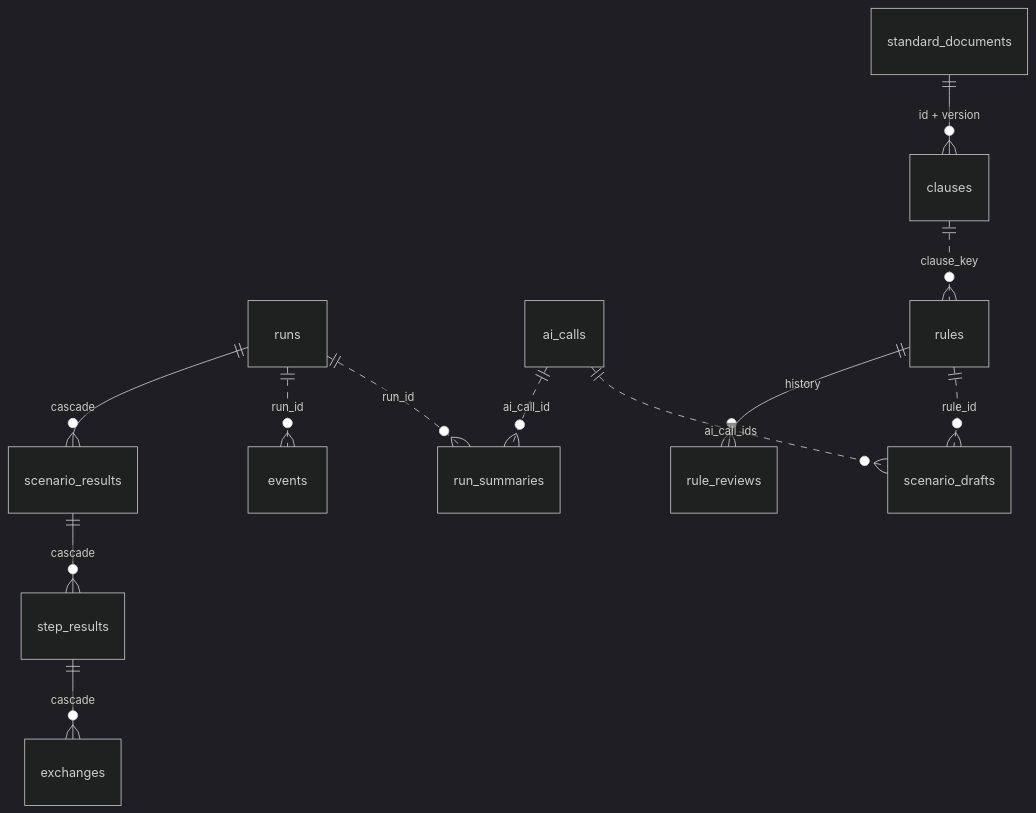
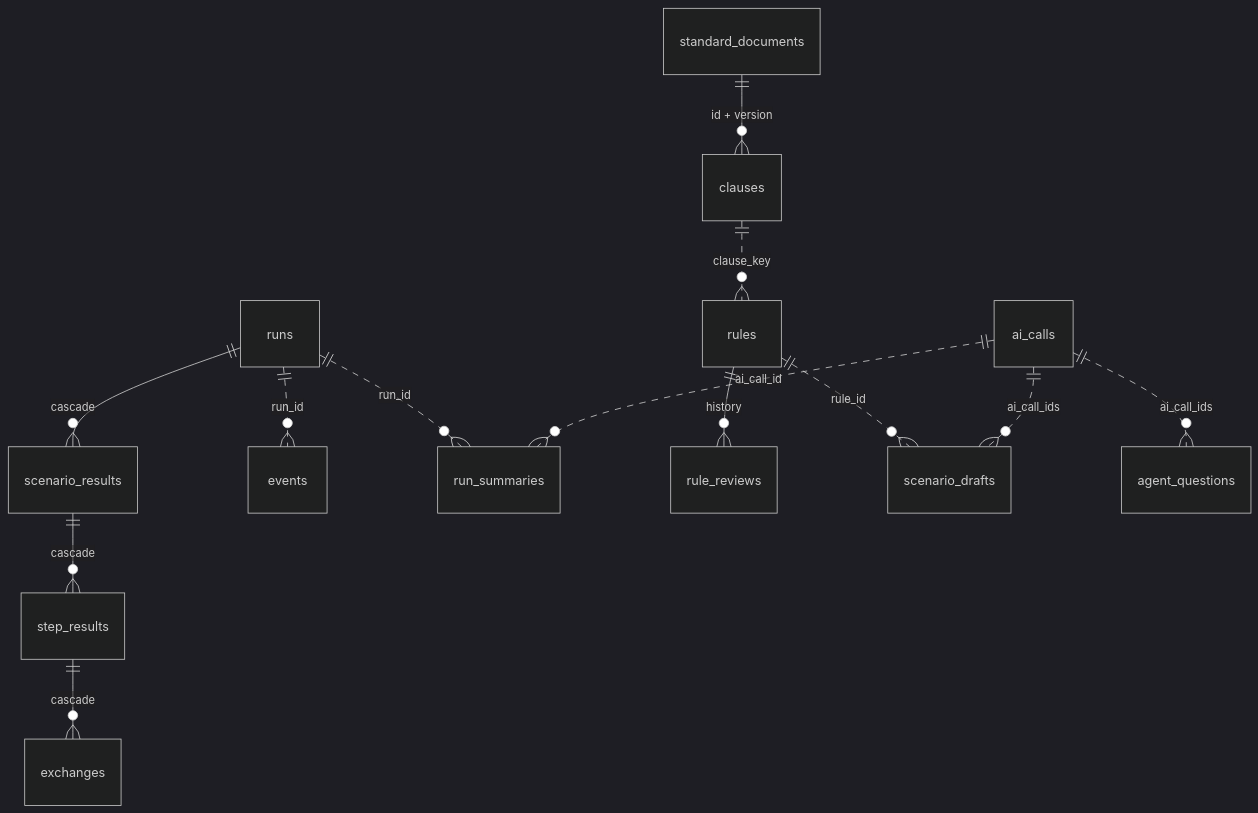
One commit to levan-petrosiani/Aurasoft-Monitoring changed the eighth of 8 diagrams in ARCHITECTURE.md. Above: the diagram before and after it, drawn with Mermaid (dark theme). The commit also changed other lines of this file and 21 other files, not shown here.

````diff
--- a/ARCHITECTURE.md
+++ b/ARCHITECTURE.md
@@ -171,14 +188,15 @@
 ```mermaid
 erDiagram
     runs ||--o{ scenario_results : "cascade"
     scenario_results ||--o{ step_results : "cascade"
     step_results ||--o{ exchanges : "cascade"
     runs ||..o{ events : "run_id"
     runs ||..o{ run_summaries : "run_id"
     ai_calls ||..o{ run_summaries : "ai_call_id"
     standard_documents ||--o{ clauses : "id + version"
     clauses ||..o{ rules : "clause_key"
     rules ||--o{ rule_reviews : "history"
     rules ||..o{ scenario_drafts : "rule_id"
     ai_calls ||..o{ scenario_drafts : "ai_call_ids"
+    ai_calls ||..o{ agent_questions : "ai_call_ids"
 ```
````
